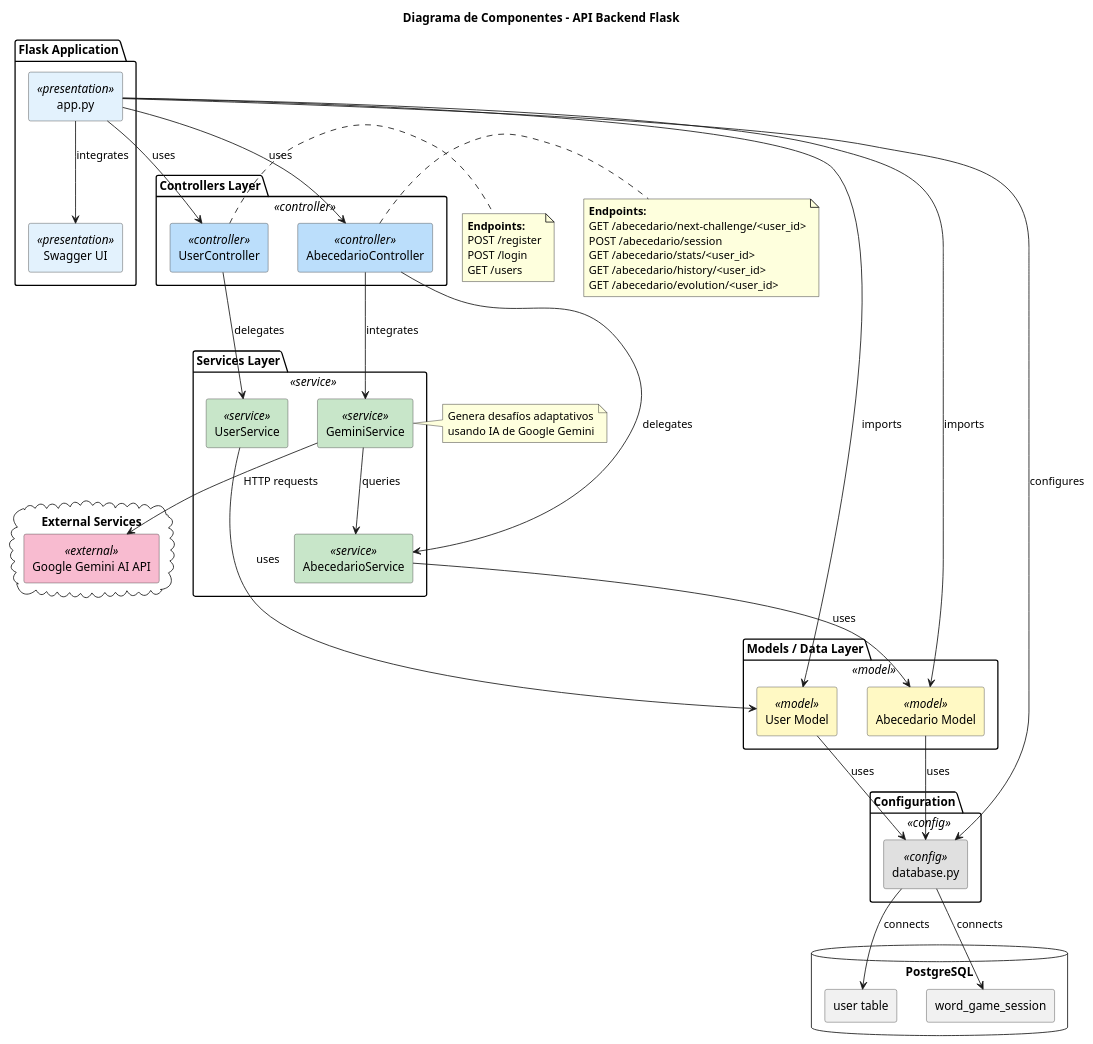
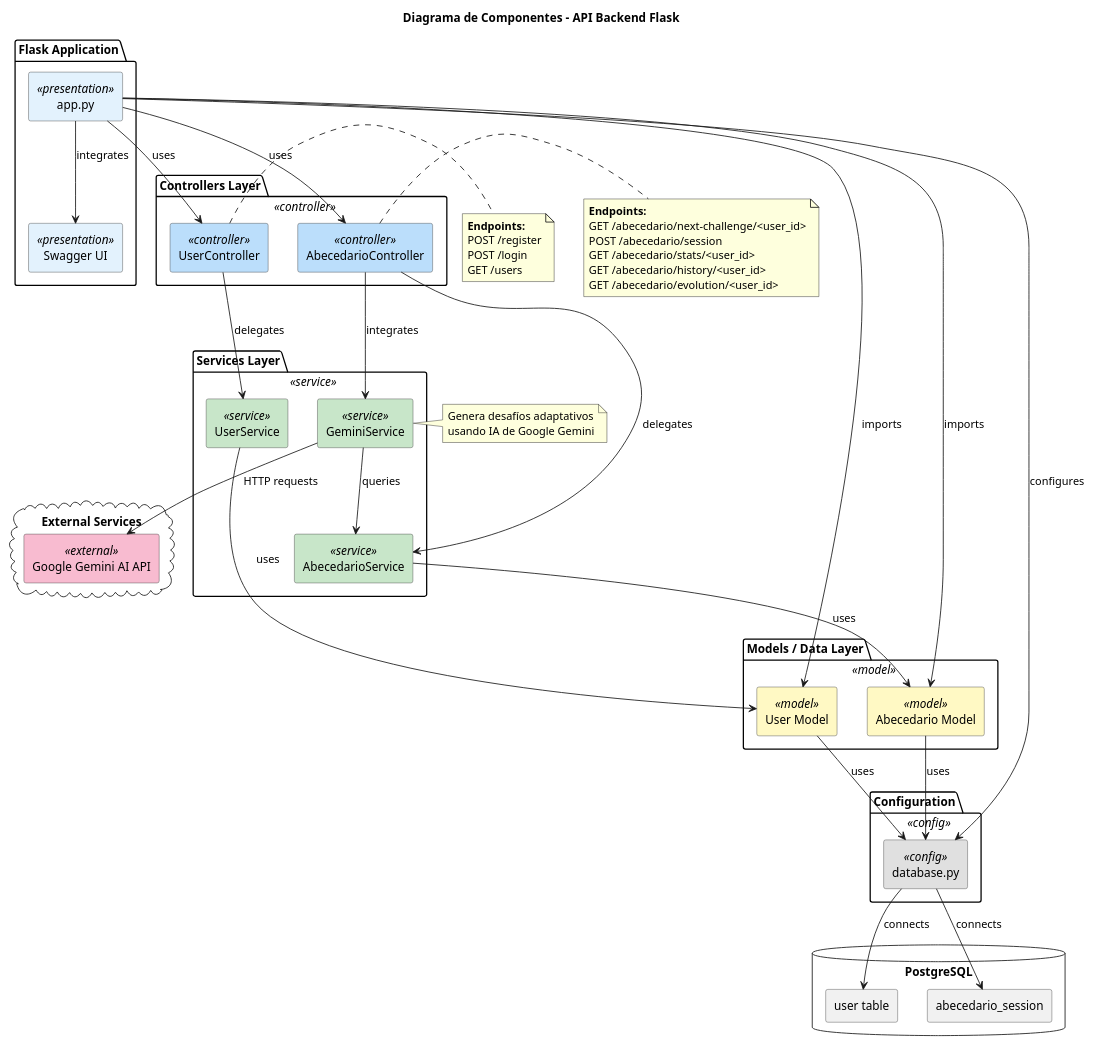
Before and after one commit to DiegoSteven/BackTesisAbuelitos: the diagram in diagrams/componentes.puml, drawn with PlantUML. The commit also changed 6 other files, not shown here.

Commit message:
refactor: Rename 'word_game_session' to 'abecedario_session' across the codebase

```diff
--- a/diagrams/componentes.puml
+++ b/diagrams/componentes.puml
@@ -1,104 +1,104 @@
 @startuml Diagrama_de_Componentes
 title Diagrama de Componentes - API Backend Flask
 
 skinparam componentStyle rectangle
 skinparam backgroundColor #FFFFFF
 skinparam shadowing false
 
 ' Definición de colores
 skinparam component {
     BackgroundColor<<presentation>> #E3F2FD
     BackgroundColor<<controller>> #BBDEFB
     BackgroundColor<<service>> #C8E6C9
     BackgroundColor<<model>> #FFF9C4
     BackgroundColor<<external>> #F8BBD0
     BackgroundColor<<config>> #E0E0E0
     BorderColor #424242
 }
 
 package "Flask Application" {
     [app.py] as app <<presentation>>
     [Swagger UI] as swagger <<presentation>>
 }
 
 package "Controllers Layer" <<controller>> {
     [UserController] as userCtrl <<controller>>
     [AbecedarioController] as abcCtrl <<controller>>
 }
 
 package "Services Layer" <<service>> {
     [UserService] as userSvc <<service>>
     [AbecedarioService] as abcSvc <<service>>
     [GeminiService] as geminiSvc <<service>>
 }
 
 package "Models / Data Layer" <<model>> {
     [User Model] as userModel <<model>>
     [Abecedario Model] as abcModel <<model>>
 }
 
 package "Configuration" <<config>> {
     [database.py] as dbConfig <<config>>
 }
 
 database "PostgreSQL" {
     [user table] as userTable
-    [word_game_session] as sessionTable
+    [abecedario_session] as sessionTable
 }
 
 cloud "External Services" {
     [Google Gemini AI API] as geminiAPI <<external>>
 }
 
 ' Relaciones principales
 app --> userCtrl : uses
 app --> abcCtrl : uses
 app --> dbConfig : configures
 app --> swagger : integrates
 app --> userModel : imports
 app --> abcModel : imports
 
 ' Controllers -> Services
 userCtrl --> userSvc : delegates
 abcCtrl --> abcSvc : delegates
 abcCtrl --> geminiSvc : integrates
 
 ' Services -> Models
 userSvc --> userModel : uses
 abcSvc --> abcModel : uses
 geminiSvc --> abcSvc : queries
 
 ' Services -> External
 geminiSvc --> geminiAPI : HTTP requests
 
 ' Models -> Database Config
 userModel --> dbConfig : uses
 abcModel --> dbConfig : uses
 
 ' Database Config -> Database
 dbConfig --> userTable : connects
 dbConfig --> sessionTable : connects
 
 ' Notas
 note right of userCtrl
   **Endpoints:**
   POST /register
   POST /login
   GET /users
 end note
 
 note right of abcCtrl
   **Endpoints:**
   GET /abecedario/next-challenge/<user_id>
   POST /abecedario/session
   GET /abecedario/stats/<user_id>
   GET /abecedario/history/<user_id>
   GET /abecedario/evolution/<user_id>
 end note
 
 note right of geminiSvc
   Genera desafíos adaptativos
   usando IA de Google Gemini
 end note
 
 @enduml
```
